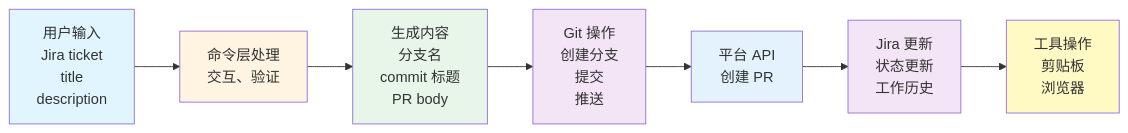
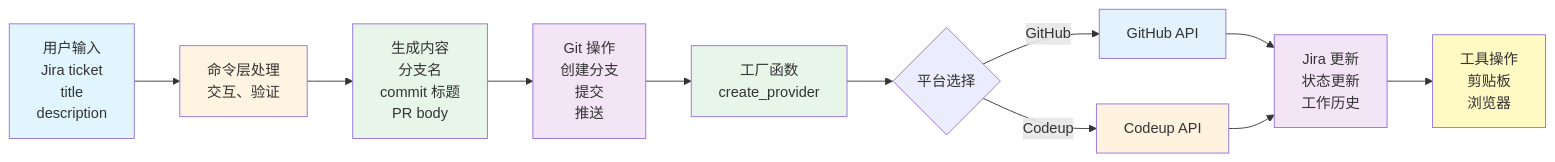
Before and after one commit to zevwings/workflow.rs: the second of 3 diagrams in docs/PR_ARCHITECTURE.md, drawn with Mermaid. The commit also changed other lines of this file and 24 other files, not shown here.

````diff
--- a/docs/PR_ARCHITECTURE.md
+++ b/docs/PR_ARCHITECTURE.md
@@ -819,17 +516,23 @@
 ```mermaid
 flowchart LR
     Input[用户输入<br/>Jira ticket<br/>title<br/>description] --> Command[命令层处理<br/>交互、验证]
     Command --> Generate[生成内容<br/>分支名<br/>commit 标题<br/>PR body]
     Generate --> Git[Git 操作<br/>创建分支<br/>提交<br/>推送]
-    Git --> API[平台 API<br/>创建 PR]
-    API --> Jira[Jira 更新<br/>状态更新<br/>工作历史]
+    Git --> Factory[工厂函数<br/>create_provider]
+    Factory --> Platform{平台选择}
+    Platform -->|GitHub| GitHubAPI[GitHub API]
+    Platform -->|Codeup| CodeupAPI[Codeup API]
+    GitHubAPI --> Jira[Jira 更新<br/>状态更新<br/>工作历史]
+    CodeupAPI --> Jira
     Jira --> Tools[工具操作<br/>剪贴板<br/>浏览器]
 
     style Input fill:#e1f5ff
     style Command fill:#fff4e1
     style Generate fill:#e8f5e9
     style Git fill:#f3e5f5
-    style API fill:#e3f2fd
+    style Factory fill:#e8f5e9
+    style GitHubAPI fill:#e3f2fd
+    style CodeupAPI fill:#fff3e0
     style Jira fill:#f3e5f5
     style Tools fill:#fff9c4
 ```
````
